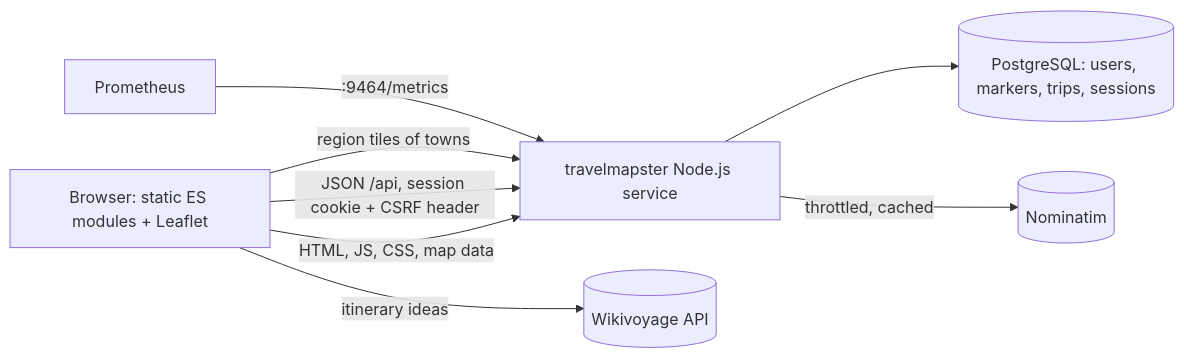
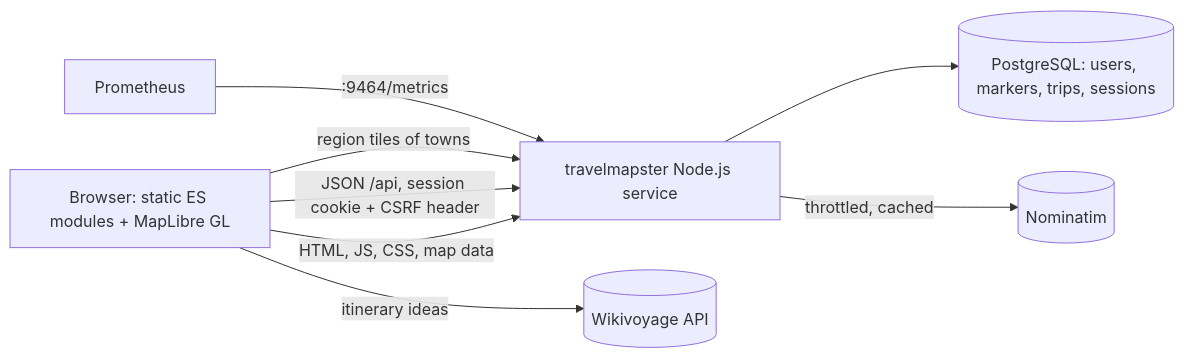
One commit to chefzaid/travelmapster changed the diagram in docs/architecture.md. Above: the diagram before and after it, drawn with Mermaid. The commit also changed other lines of this file and 28 other files, not shown here.

First line of the commit message:
Render the map with MapLibre GL for smooth zooming

````diff
--- a/docs/architecture.md
+++ b/docs/architecture.md
@@ -5,10 +5,10 @@
 ```mermaid
 flowchart LR
-    browser[Browser: static ES modules + Leaflet] -->|HTML, JS, CSS, map data| app[travelmapster Node.js service]
+    browser[Browser: static ES modules + MapLibre GL] -->|HTML, JS, CSS, map data| app[travelmapster Node.js service]
     browser -->|JSON /api, session cookie + CSRF header| app
     browser -->|itinerary ideas| wikivoyage[(Wikivoyage API)]
     app --> pg[(PostgreSQL: users, markers, trips, sessions)]
     app -->|throttled, cached| nominatim[(Nominatim)]
     browser -->|region tiles of towns| app
     prometheus[Prometheus] -->|:9464/metrics| app
 ```
````
